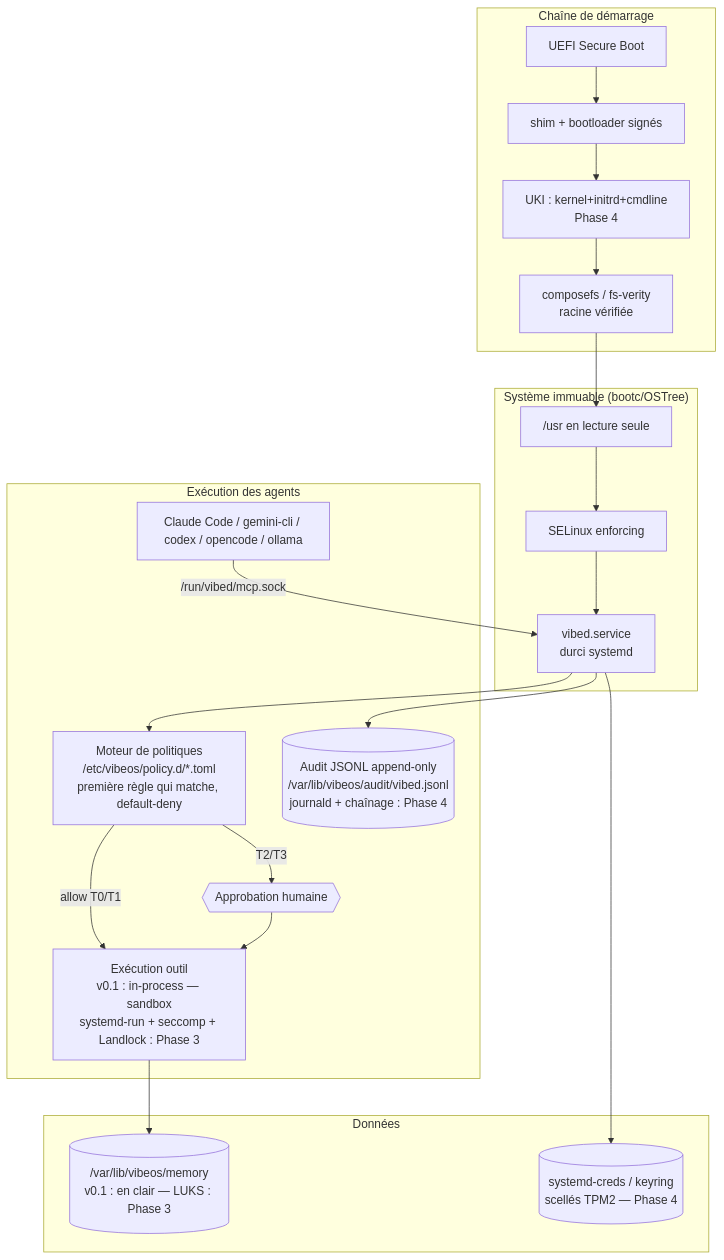
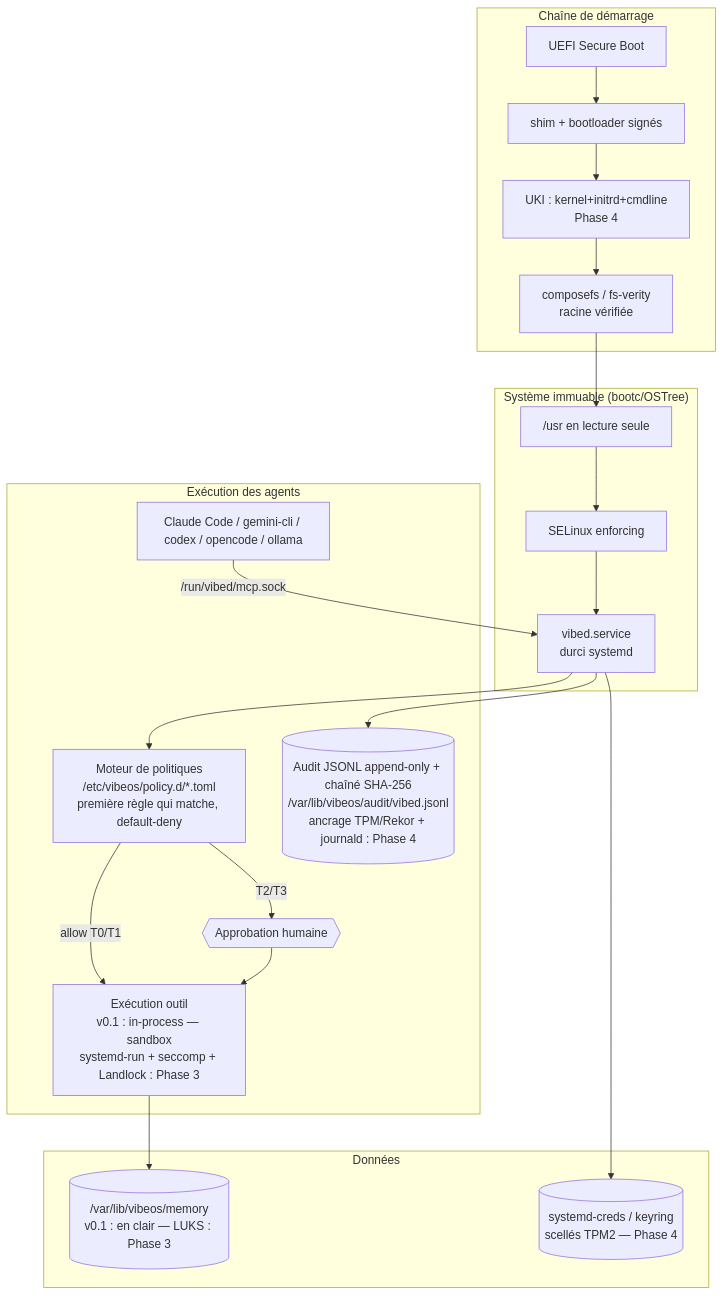
Before and after one commit to Micka420-collab/vibeos: the diagram in docs/SECURITY-ARCHITECTURE.md, drawn with Mermaid. The commit also changed other lines of this file and 8 other files, not shown here.

First line of the commit message:
vibed : audit inviolable — chaînage de hachés SHA-256 + vibed --verify-audit

````diff
--- a/docs/SECURITY-ARCHITECTURE.md
+++ b/docs/SECURITY-ARCHITECTURE.md
@@ -10,25 +10,25 @@
 ```mermaid
 flowchart TB
     subgraph BOOT["Chaîne de démarrage"]
         UEFI[UEFI Secure Boot] --> SHIM[shim + bootloader signés] --> UKI[UKI : kernel+initrd+cmdline<br/>Phase 4] --> VERITY[composefs / fs-verity<br/>racine vérifiée]
     end
     subgraph OS["Système immuable (bootc/OSTree)"]
         ROOT["/usr en lecture seule"] --> SELINUX[SELinux enforcing]
         SELINUX --> VIBED[vibed.service<br/>durci systemd]
     end
     subgraph RUNTIME["Exécution des agents"]
         AGENTS[Claude Code / gemini-cli / codex / opencode / ollama] -->|/run/vibed/mcp.sock| VIBED
         VIBED --> POLICY[Moteur de politiques<br/>/etc/vibeos/policy.d/*.toml<br/>première règle qui matche, default-deny]
         POLICY -->|allow T0/T1| SANDBOX[Exécution outil<br/>v0.1 : in-process — sandbox<br/>systemd-run + seccomp + Landlock : Phase 3]
         POLICY -->|T2/T3| APPROVAL{{Approbation humaine}}
         APPROVAL --> SANDBOX
-        VIBED --> AUDIT[(Audit JSONL append-only<br/>/var/lib/vibeos/audit/vibed.jsonl<br/>journald + chaînage : Phase 4)]
+        VIBED --> AUDIT[(Audit JSONL append-only + chaîné SHA-256<br/>/var/lib/vibeos/audit/vibed.jsonl<br/>ancrage TPM/Rekor + journald : Phase 4)]
     end
     subgraph DATA["Données"]
         LUKS[(/var/lib/vibeos/memory<br/>v0.1 : en clair — LUKS : Phase 3)]
         CREDS[(systemd-creds / keyring<br/>scellés TPM2 — Phase 4)]
     end
     VERITY --> ROOT
     SANDBOX --> LUKS
     VIBED --> CREDS
 ```
````
